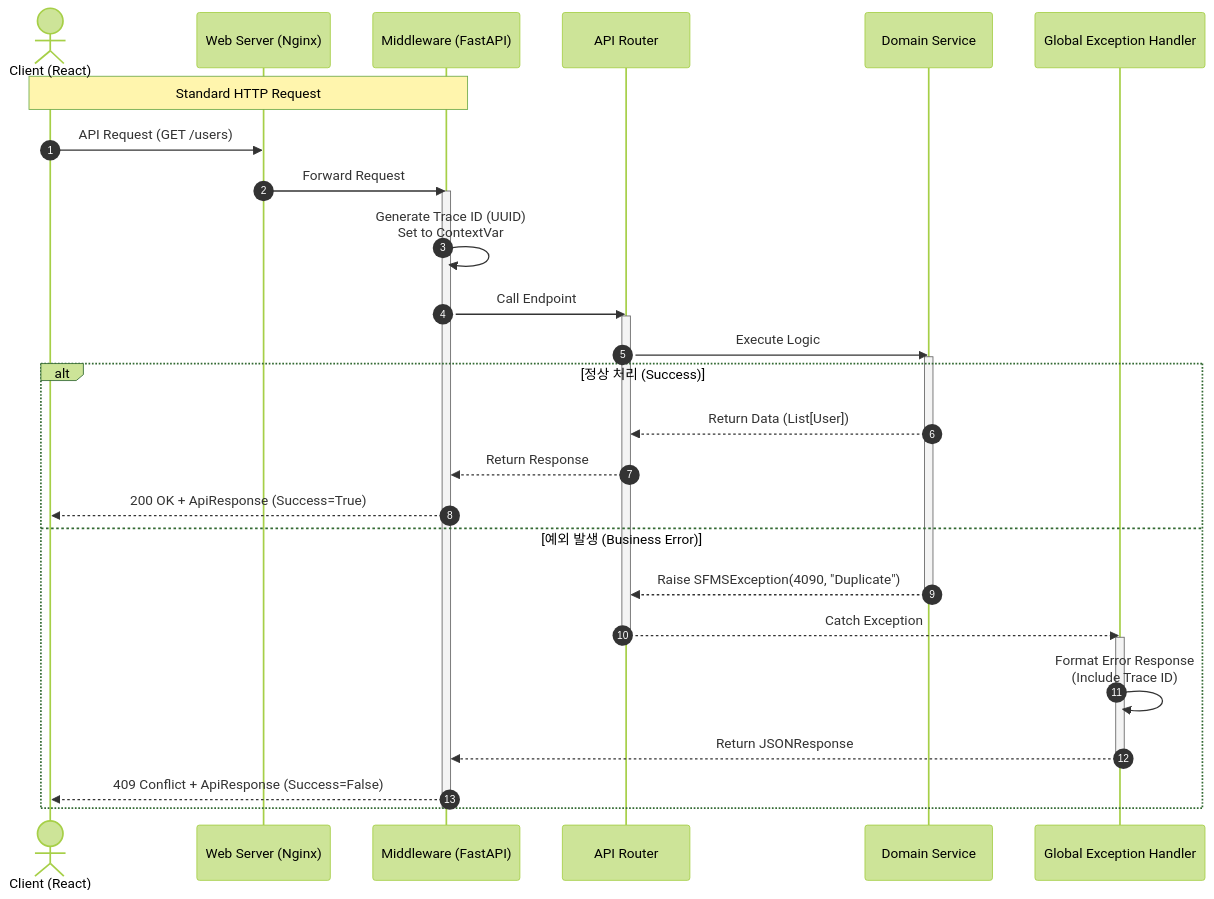
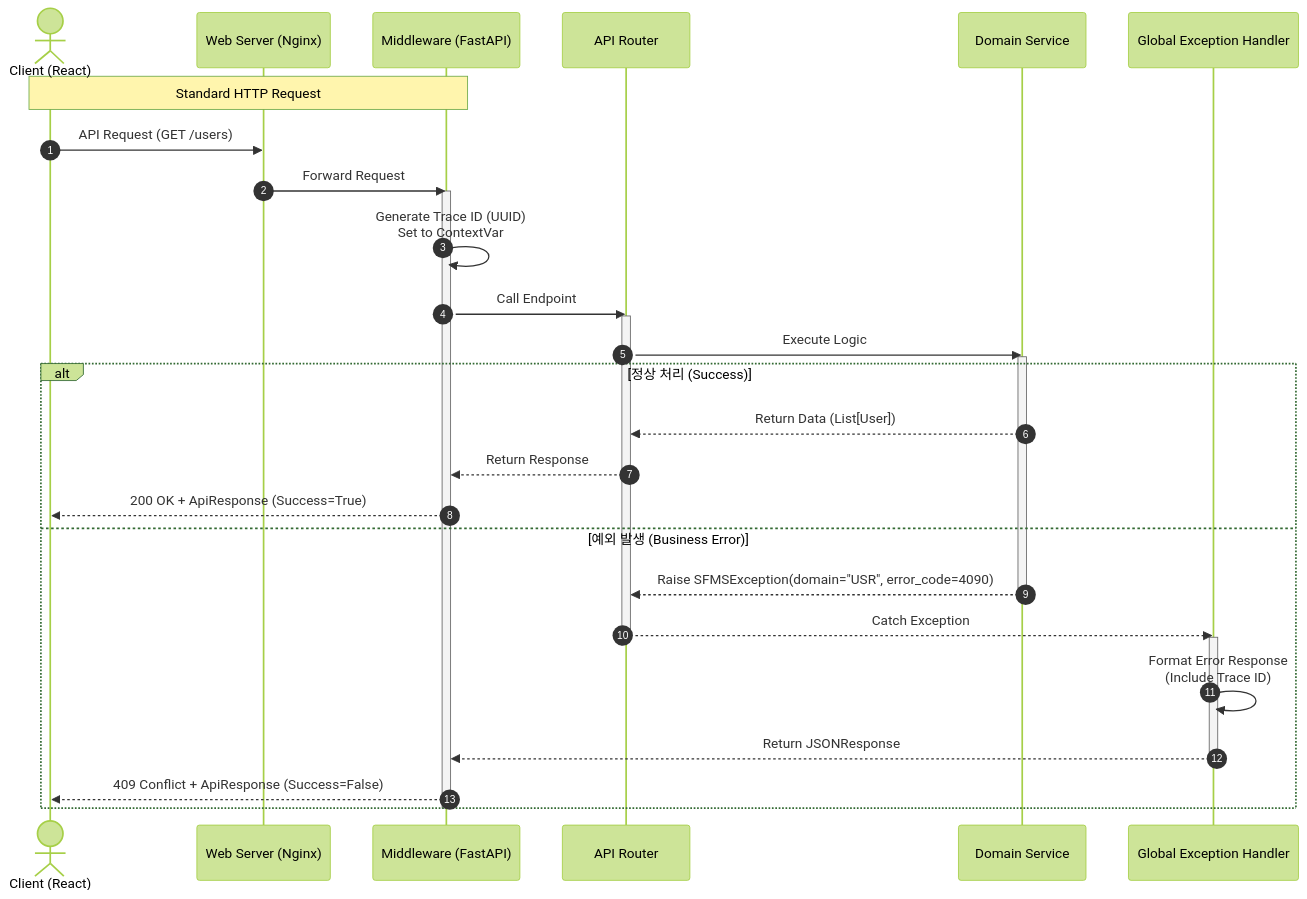
Before and after one commit to foxwood71/sfms: the first of 5 diagrams in docs/SFMS Phase 1/SFMS Phase 1 doc05 - SD - 01 공통 표준 & CMM.md, drawn with Mermaid (forest theme). The commit also changed other lines of this file and 121 other files, not shown here.

````diff
--- a/docs/SFMS Phase 1/SFMS Phase 1 doc05 - SD - 01 공통 표준 & CMM.md
+++ b/docs/SFMS Phase 1/SFMS Phase 1 doc05 - SD - 01 공통 표준 & CMM.md
@@ -21,46 +23,46 @@
 ```mermaid
 sequenceDiagram
     autonumber
     actor Client as Client (React)
     participant Nginx as Web Server (Nginx)
     participant Mid as Middleware (FastAPI)
     participant Router as API Router
     participant Service as Domain Service
     participant ErrHandler as Global Exception Handler
 
     Note over Client, Mid: Standard HTTP Request
 
     Client->>Nginx: API Request (GET /users)
     Nginx->>Mid: Forward Request
     
     activate Mid
     Mid->>Mid: Generate Trace ID (UUID)<br/>Set to ContextVar
     
     Mid->>Router: Call Endpoint
     activate Router
     
     Router->>Service: Execute Logic
     activate Service
     
     alt 정상 처리 (Success)
         Service-->>Router: Return Data (List[User])
         Router-->>Mid: Return Response
         Mid-->>Client: 200 OK + ApiResponse (Success=True)
         
     else 예외 발생 (Business Error)
-        Service-->>Router: Raise SFMSException(4090, "Duplicate")
+        Service-->>Router: Raise SFMSException(domain="USR", error_code=4090)
         deactivate Service
         Router-->>ErrHandler: Catch Exception
         deactivate Router
         
         activate ErrHandler
         ErrHandler->>ErrHandler: Format Error Response<br/>(Include Trace ID)
         ErrHandler-->>Mid: Return JSONResponse
         deactivate ErrHandler
         
         Mid-->>Client: 409 Conflict + ApiResponse (Success=False)
     end
     
     deactivate Mid
 
 ```
````
